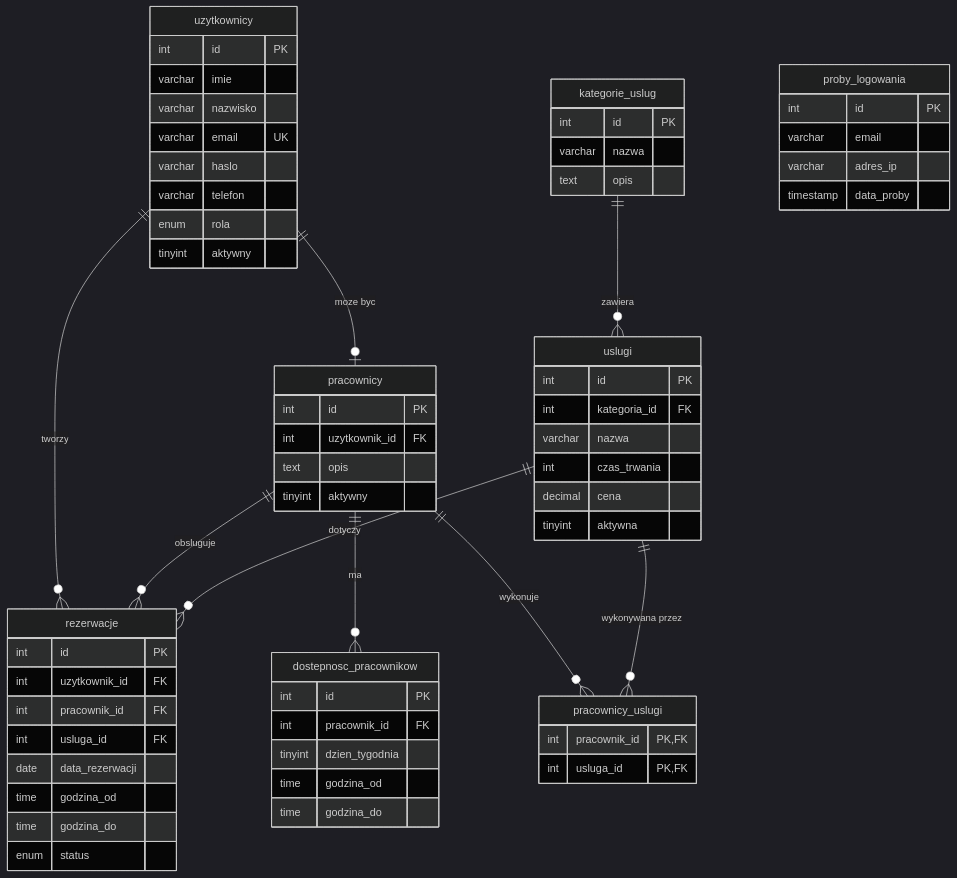
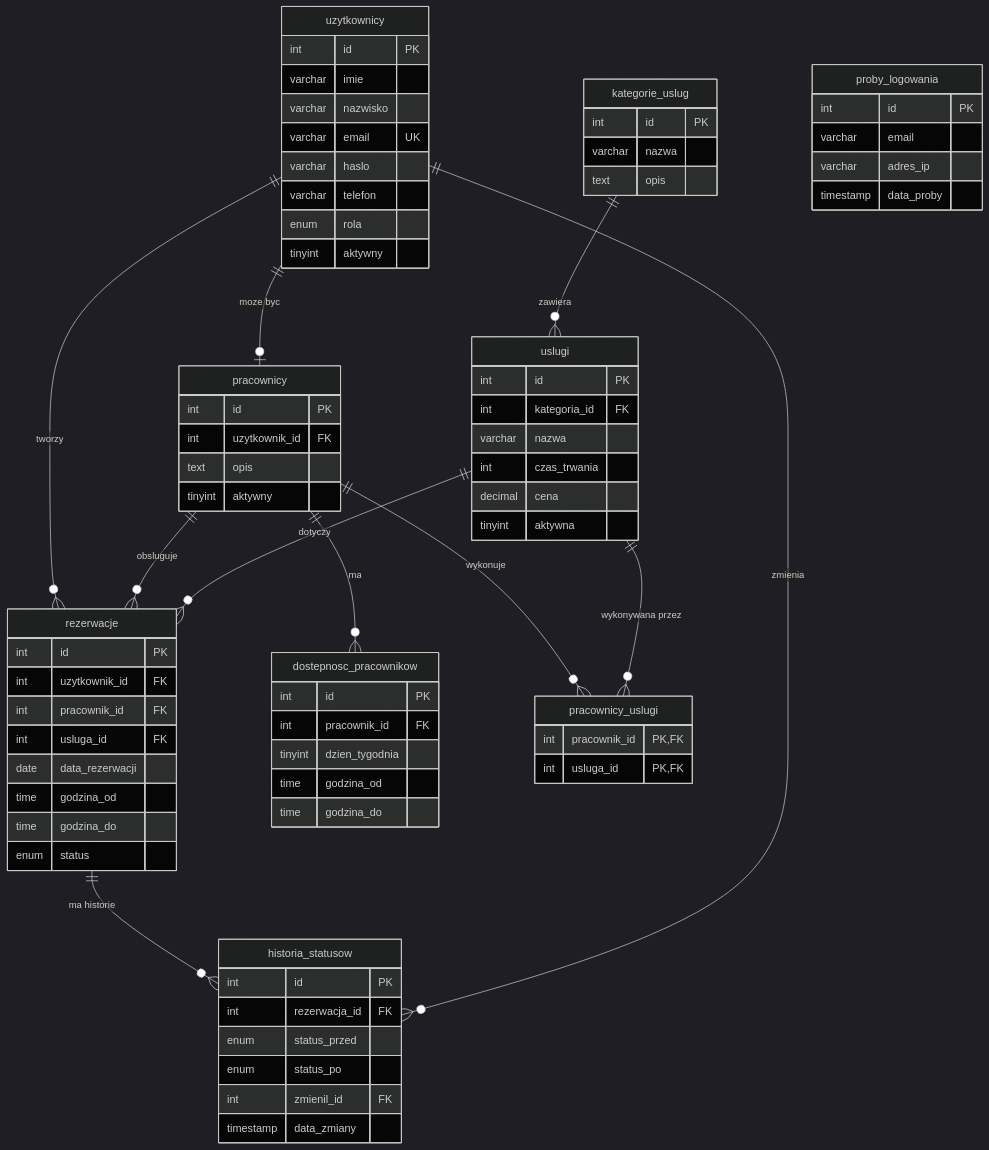
Before and after one commit to KirilShy/rezerwacja-uslug: the diagram in database/erd.md, drawn with Mermaid (dark theme). The commit also changed 4 other files, not shown here.

Commit message:
Historia statusow

````diff
--- a/database/erd.md
+++ b/database/erd.md
@@ -10,6 +10,8 @@
     uslugi ||--o{ pracownicy_uslugi : "wykonywana przez"
     uslugi ||--o{ rezerwacje : "dotyczy"
     kategorie_uslug ||--o{ uslugi : "zawiera"
+    rezerwacje ||--o{ historia_statusow : "ma historie"
+    uzytkownicy ||--o{ historia_statusow : "zmienia"
 
     uzytkownicy {
         int id PK
@@ -74,4 +76,13 @@
         varchar adres_ip
         timestamp data_proby
     }
+
+    historia_statusow {
+        int id PK
+        int rezerwacja_id FK
+        enum status_przed
+        enum status_po
+        int zmienil_id FK
+        timestamp data_zmiany
+    }
 ```
````
